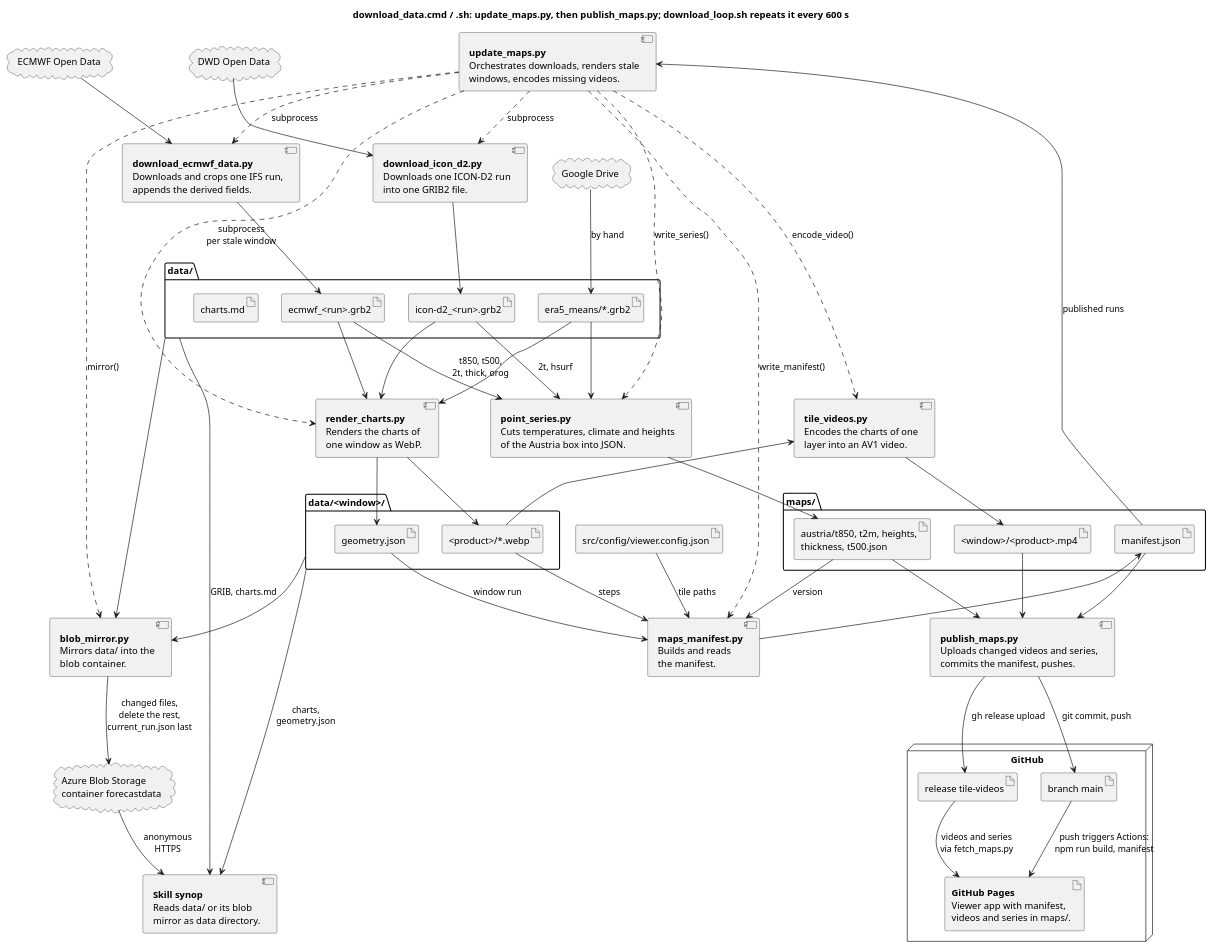
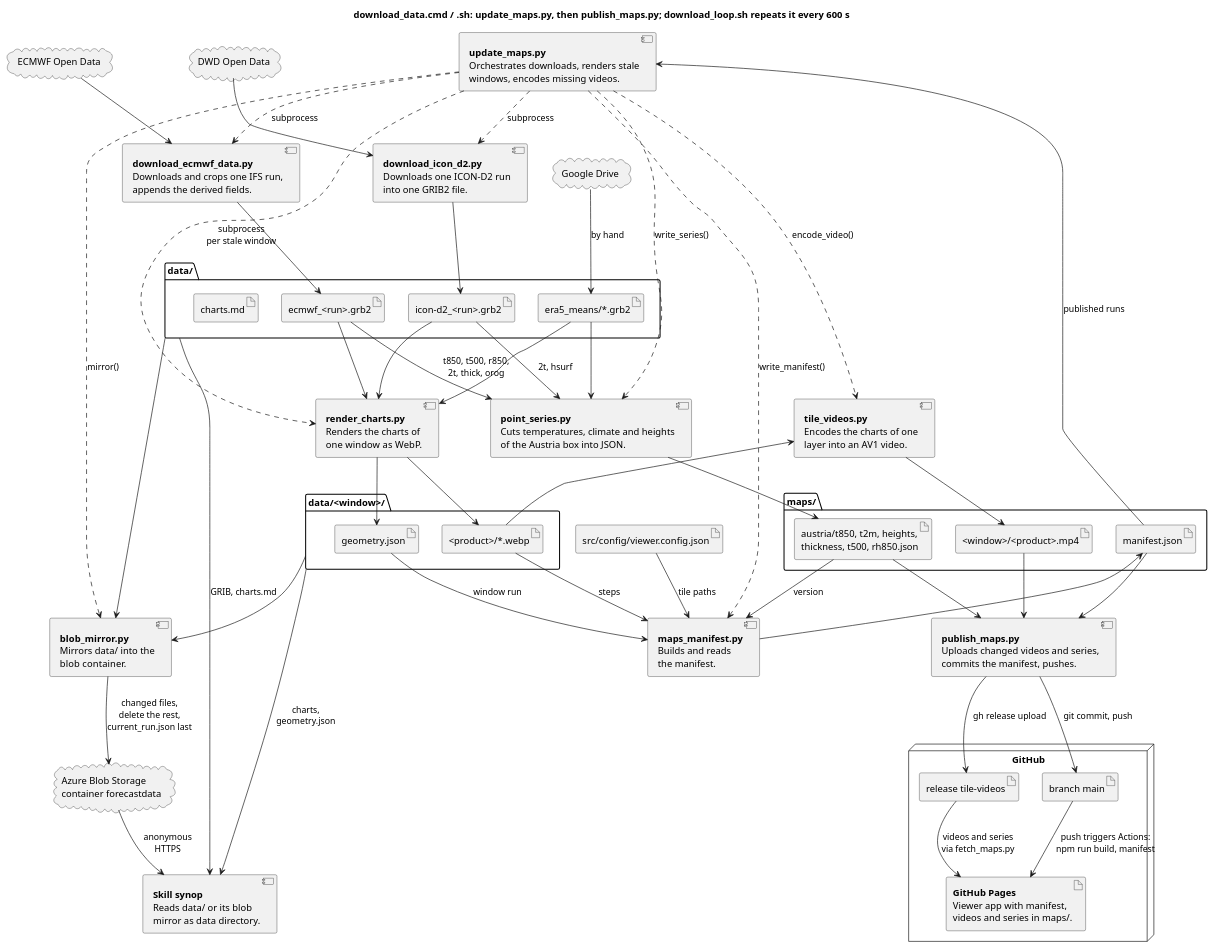
One commit to schletz/wetterkartenviewer changed the first of 5 diagrams in REFERENCE.scripts.md. Above: the diagram before and after it, drawn with PlantUML. The commit also changed other lines of this file and 10 other files, not shown here.

```diff
--- a/REFERENCE.scripts.md
+++ b/REFERENCE.scripts.md
@@ -98,7 +98,7 @@
 }
 folder "maps/" {
  artifact "<window>/<product>.mp4" as videos
- artifact "austria/t850, t2m, heights,\nthickness, t500.json" as series
+ artifact "austria/t850, t2m, heights,\nthickness, t500, rh850.json" as series
  artifact "manifest.json" as manifest
 }
 artifact "src/config/viewer.config.json" as config
@@ -130,7 +130,7 @@
 render_charts --> geometry
 charts --> tile_videos
 tile_videos --> videos
-ecmwf_grib --> point_series : t850, t500,\n2t, thick, orog
+ecmwf_grib --> point_series : t850, t500, r850,\n2t, thick, orog
 icon_grib --> point_series : 2t, hsurf
 era5 --> point_series
 point_series --> series
```
